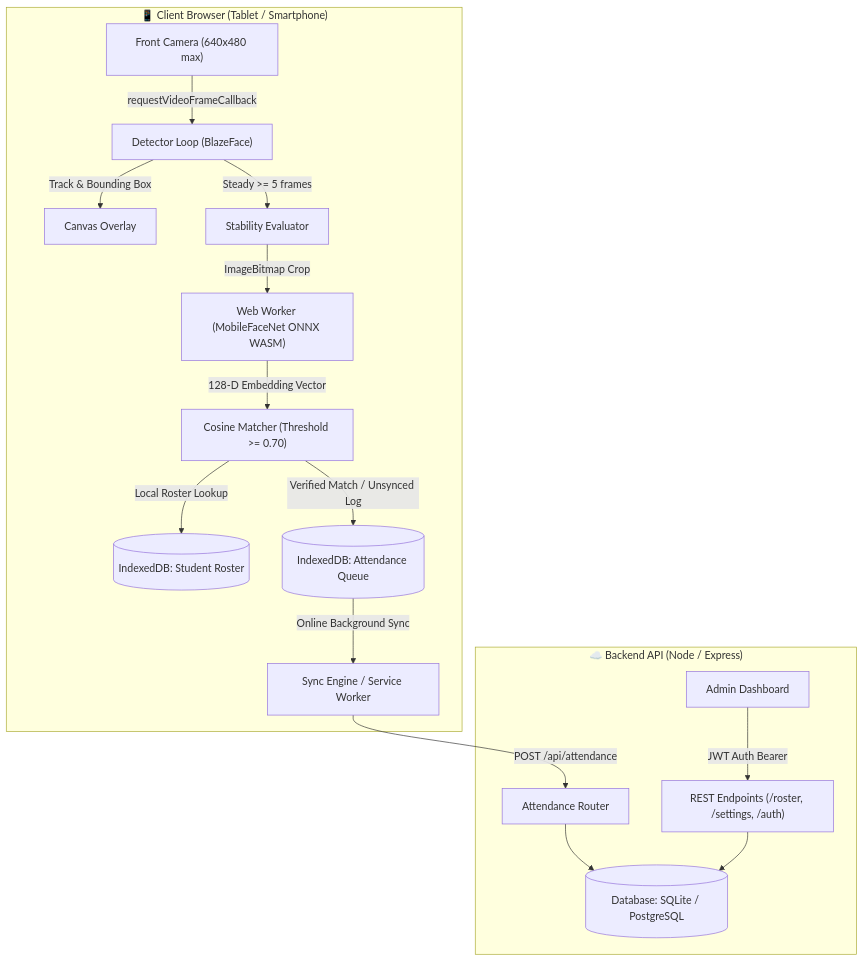
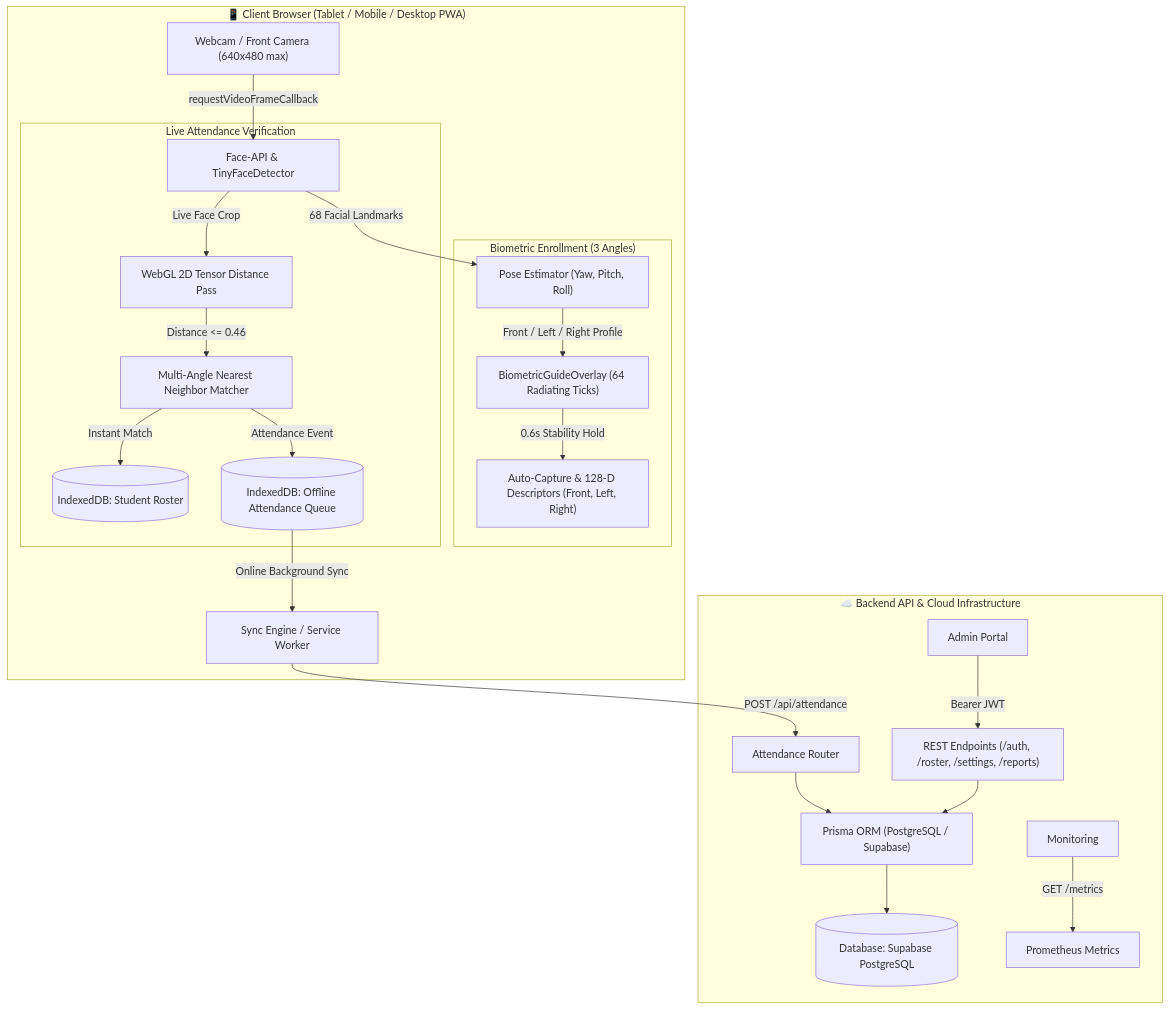
The diagram in README.md (ManuthMethnidu/Verity), drawn with Mermaid before and after one commit. The commit also changed other lines of this file and 10 other files, not shown here.

Commit message:
perf(mobile): optimize bundle chunking, WebGL inference, roster tensor caching, and camera rendering

````diff
--- a/README.md
+++ b/README.md
@@ -9,20 +17,30 @@
 ```mermaid
 flowchart TD
-    subgraph ClientBrowser ["📱 Client Browser (Tablet / Smartphone)"]
-        Cam["Front Camera (640x480 max)"] -->|requestVideoFrameCallback| Loop["Detector Loop (BlazeFace)"]
-        Loop -->|Track & Bounding Box| Canvas["Canvas Overlay"]
-        Loop -->|Steady >= 5 frames| Eval["Stability Evaluator"]
-        Eval -->|ImageBitmap Crop| Worker["Web Worker (MobileFaceNet ONNX WASM)"]
-        Worker -->|128-D Embedding Vector| Matcher["Cosine Matcher (Threshold >= 0.70)"]
-        Matcher -->|Local Roster Lookup| IDB_Roster[("IndexedDB: Student Roster")]
-        Matcher -->|Verified Match / Unsynced Log| IDB_Queue[("IndexedDB: Attendance Queue")]
-        IDB_Queue -->|Online Background Sync| SyncEngine["Sync Engine / Service Worker"]
+    subgraph ClientBrowser ["📱 Client Browser (Tablet / Mobile / Desktop PWA)"]
+        Cam["Webcam / Front Camera (640x480 max)"] -->|requestVideoFrameCallback| Detector["Face-API & TinyFaceDetector"]
+        Detector -->|68 Facial Landmarks| Pose["Pose Estimator (Yaw, Pitch, Roll)"]
+        
+        subgraph MultiAngleFlow ["Biometric Enrollment (3 Angles)"]
+            Pose -->|Front / Left / Right Profile| Guide["BiometricGuideOverlay (64 Radiating Ticks)"]
+            Guide -->|0.6s Stability Hold| AutoSnap["Auto-Capture & 128-D Descriptors (Front, Left, Right)"]
+        end
+        
+        subgraph AttendanceFlow ["Live Attendance Verification"]
+            Detector -->|Live Face Crop| TFJS["WebGL 2D Tensor Distance Pass"]
+            TFJS -->|Distance <= 0.46| Matcher["Multi-Angle Nearest Neighbor Matcher"]
+            Matcher -->|Instant Match| RosterCache[("IndexedDB: Student Roster")]
+            Matcher -->|Attendance Event| QueueCache[("IndexedDB: Offline Attendance Queue")]
+        end
+        
+        QueueCache -->|Online Background Sync| SyncEngine["Sync Engine / Service Worker"]
     end
 
-    subgraph BackendAPI ["☁️ Backend API (Node / Express)"]
-        SyncEngine -->|POST /api/attendance| AttRoute["Attendance Router"]
-        AttRoute --> DB[("Database: SQLite / PostgreSQL")]
-        AdminPortal["Admin Dashboard"] -->|JWT Auth Bearer| API["REST Endpoints (/roster, /settings, /auth)"]
-        API --> DB
+    subgraph BackendInfrastructure ["☁️ Backend API & Cloud Infrastructure"]
+        SyncEngine -->|POST /api/attendance| AttRouter["Attendance Router"]
+        AttRouter --> Prisma["Prisma ORM (PostgreSQL / Supabase)"]
+        AdminUI["Admin Portal"] -->|Bearer JWT| REST["REST Endpoints (/auth, /roster, /settings, /reports)"]
+        REST --> Prisma
+        Prisma --> DB[("Database: Supabase PostgreSQL")]
+        Prometheus["Monitoring"] -->|GET /metrics| MetricsEndpoint["Prometheus Metrics"]
     end
 ```
````
